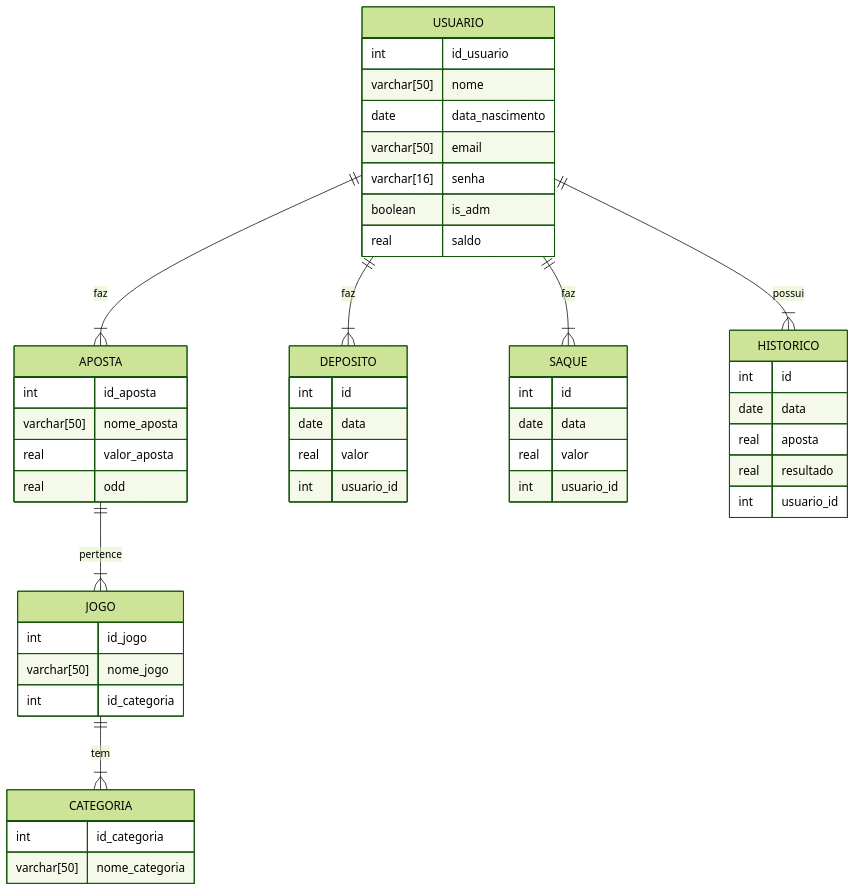
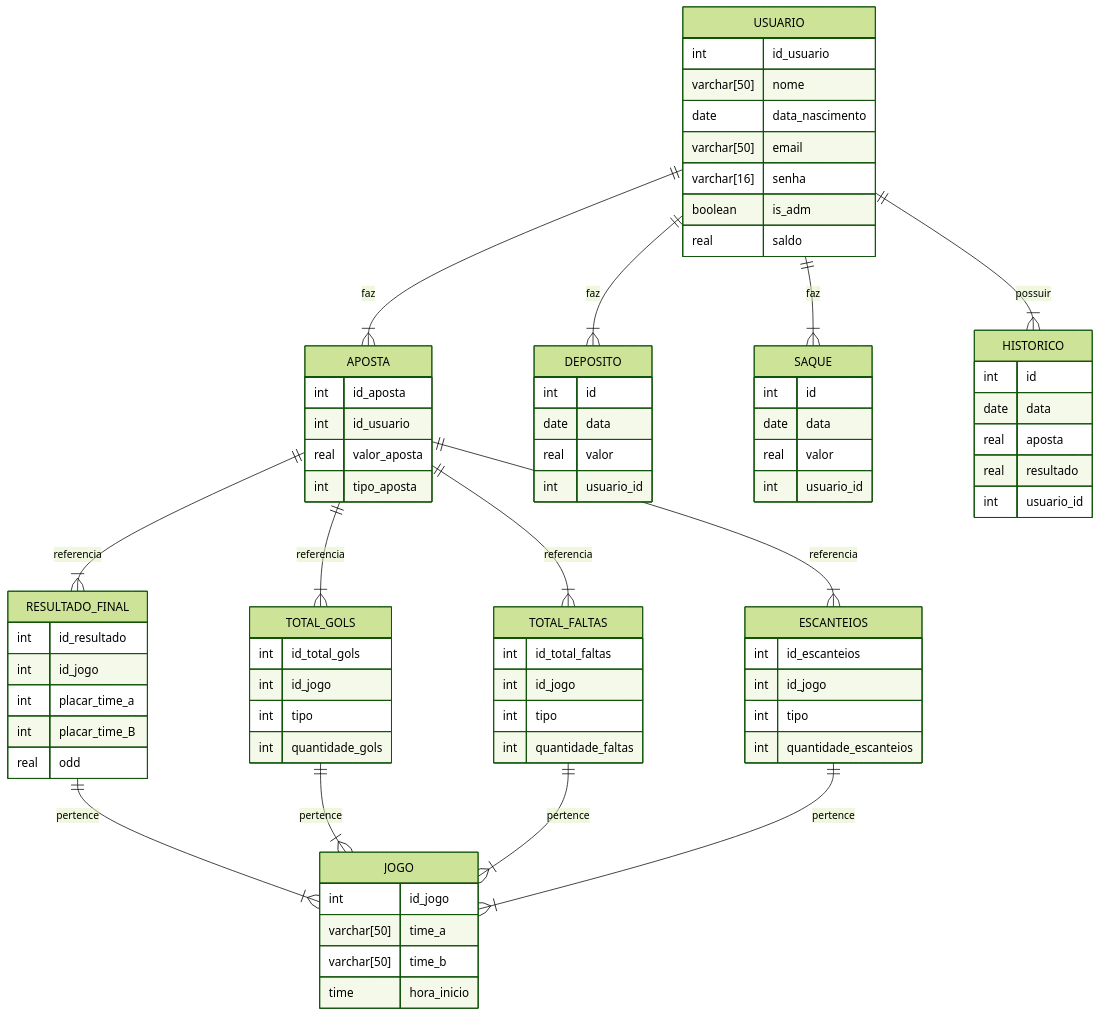
The diagram in docs/der/readmeDER.md (desenvolvimento-web-unifil/02-documentacao-nbg), drawn with Mermaid (forest theme) before and after one commit.

Commit message:
Ajuste de escopo do DER (apostas de futebol)

````diff
--- a/docs/der/readmeDER.md
+++ b/docs/der/readmeDER.md
@@ -3,9 +3,15 @@
 USUARIO || --|{ APOSTA : faz
 USUARIO || --|{ DEPOSITO : faz
 USUARIO || --|{ SAQUE : faz
-USUARIO || --|{ HISTORICO : possui
-JOGO    || --|{ CATEGORIA : tem
-APOSTA  || --|{ JOGO : pertence
+USUARIO || --|{ HISTORICO : possuir
+APOSTA  || --|{ RESULTADO_FINAL : referencia
+RESULTADO_FINAL || --|{ JOGO : pertence
+APOSTA  || --|{ TOTAL_GOLS : referencia
+TOTAL_GOLS || --|{ JOGO : pertence
+APOSTA  || --|{ TOTAL_FALTAS : referencia
+TOTAL_FALTAS || --|{ JOGO : pertence
+APOSTA  || --|{ ESCANTEIOS : referencia
+ESCANTEIOS || --|{ JOGO : pertence
 
 USUARIO {
     int id_usuario
@@ -19,9 +25,9 @@
 
 APOSTA {
     int id_aposta
-    varchar[50] nome_aposta
+    int id_usuario
     real valor_aposta
-    real odd
+    int tipo_aposta
 }
 
 HISTORICO {
@@ -46,12 +52,38 @@
 
 JOGO {
     int id_jogo
-    varchar[50] nome_jogo
-    int id_categoria
+    varchar[50] time_a
+    varchar[50] time_b
+    time hora_inicio
 }
 
-CATEGORIA {
-    int id_categoria
-    varchar[50] nome_categoria
+RESULTADO_FINAL {
+    int id_resultado
+    int id_jogo
+    int placar_time_a
+    int placar_time_B
+    real odd
 }
+
+TOTAL_GOLS {
+    int id_total_gols
+    int id_jogo
+    int tipo
+    int quantidade_gols
+}
+
+TOTAL_FALTAS {
+    int id_total_faltas
+    int id_jogo
+    int tipo
+    int quantidade_faltas
+}
+
+ESCANTEIOS {
+    int id_escanteios
+    int id_jogo
+    int tipo
+    int quantidade_escanteios
+}
+
 ```
````
